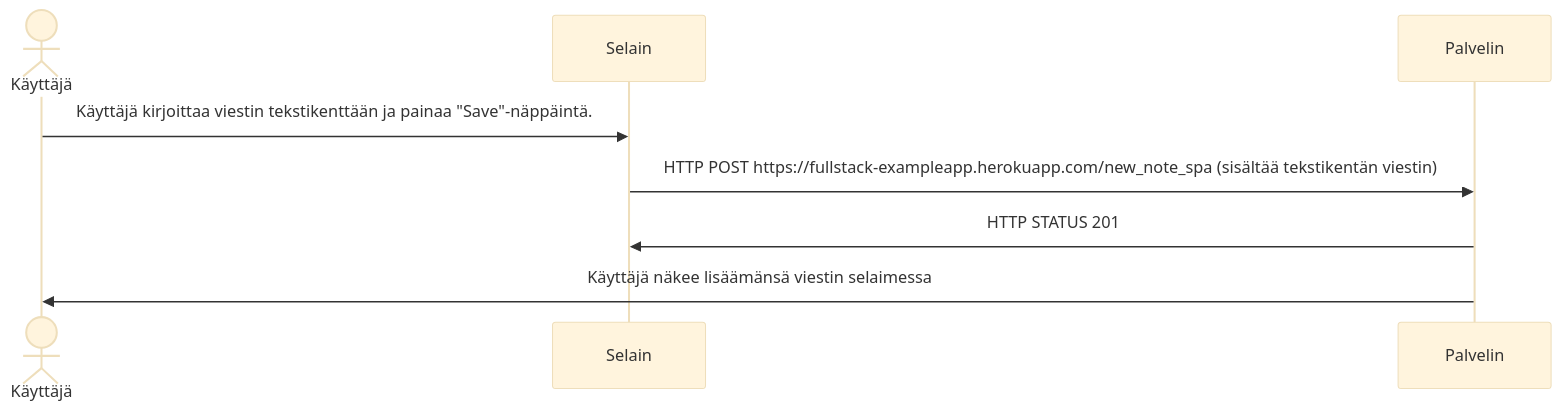
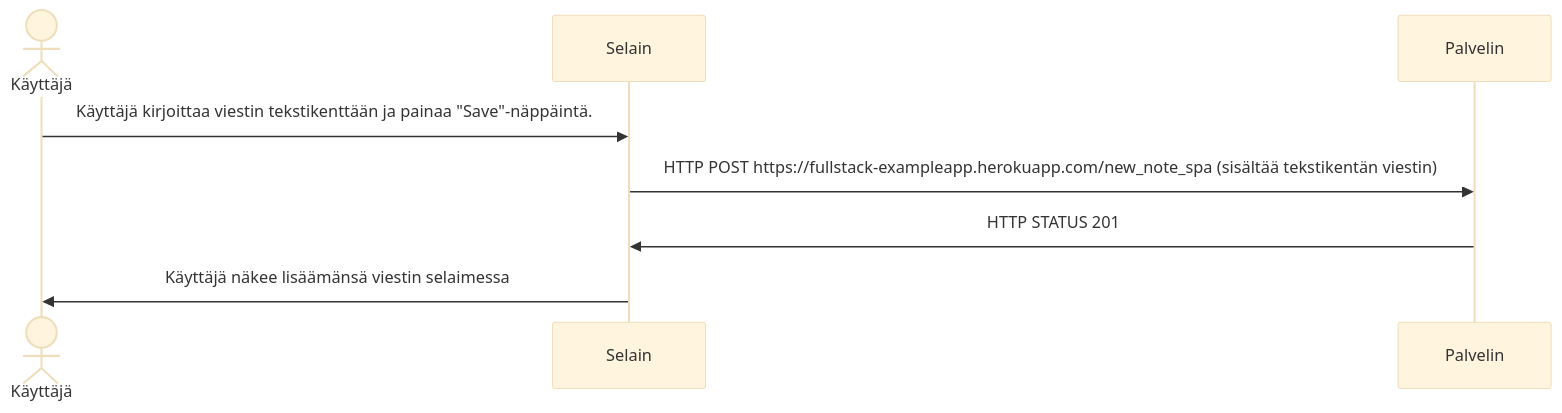
The diagram in osa0/T_0.6.md (kodtld/FullStack), drawn with Mermaid (base theme) before and after one commit. The commit also changed 1 other file, not shown here.

Commit message:
päivitys

````diff
--- a/osa0/T_0.6.md
+++ b/osa0/T_0.6.md
@@ -1,11 +1,11 @@
 ```mermaid
 sequenceDiagram
   actor Käyttäjä
   participant Selain
   participant Palvelin
 
   Käyttäjä->>Selain: Käyttäjä kirjoittaa viestin tekstikenttään ja painaa "Save"-näppäintä.
   Selain->>Palvelin: HTTP POST https://fullstack-exampleapp.herokuapp.com/new_note_spa (sisältää tekstikentän viestin)
   Palvelin->>Selain: HTTP STATUS 201
-  Palvelin->>Käyttäjä: Käyttäjä näkee lisäämänsä viestin selaimessa
+  Selain->>Käyttäjä: Käyttäjä näkee lisäämänsä viestin selaimessa
 ```
````
